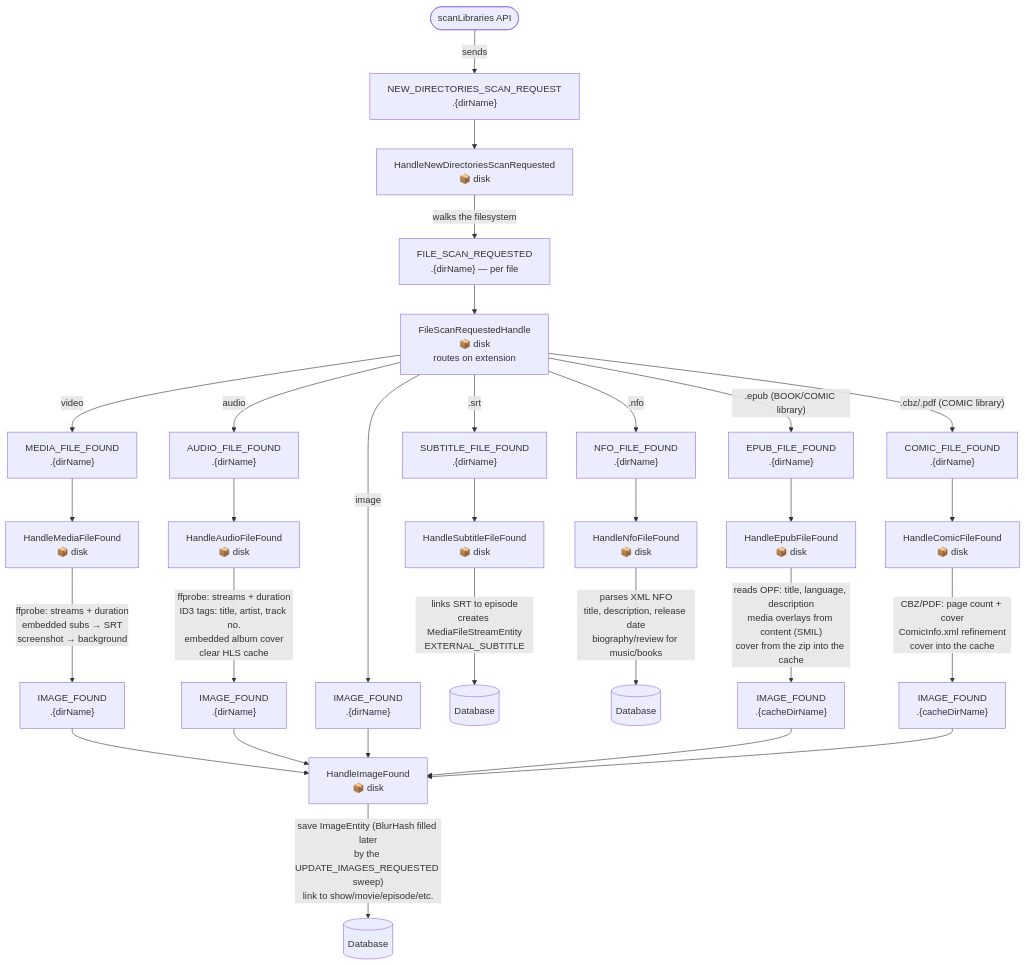
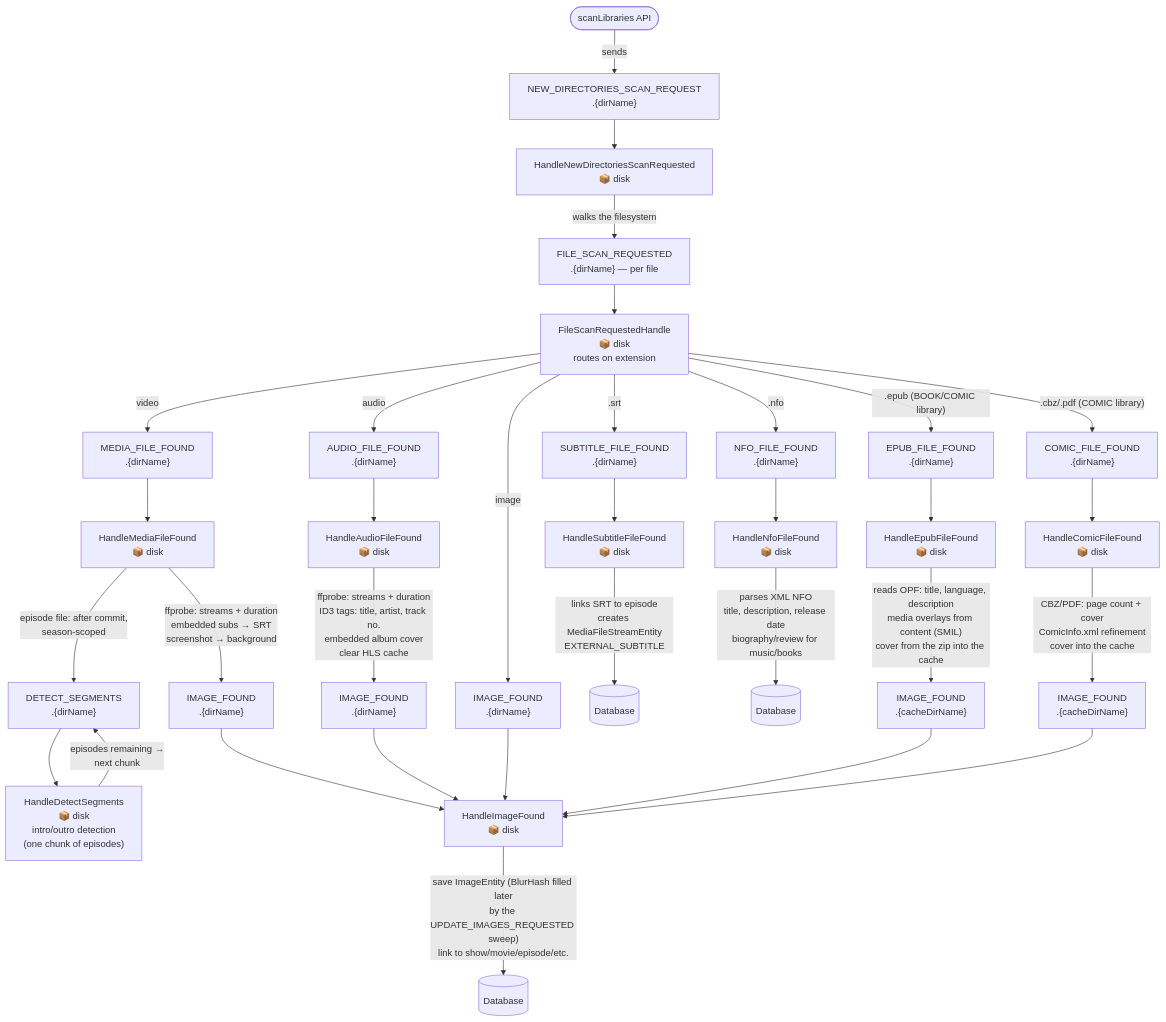
Before and after one commit to ister-app/server: the diagram in doc/architecture/diagrams/scan-flow.md, drawn with Mermaid. The commit also changed 21 other files, not shown here.

First line of the commit message:
docs(architecture): sync the chapters and diagrams with the code

````diff
--- a/doc/architecture/diagrams/scan-flow.md
+++ b/doc/architecture/diagrams/scan-flow.md
@@ -7,44 +7,47 @@
 ```mermaid
 flowchart TD
     API([scanLibraries API]) -->|sends| A
 
     A["NEW_DIRECTORIES_SCAN_REQUEST\n.{dirName}"]
     A --> B["HandleNewDirectoriesScanRequested\n📦 disk"]
     B -->|walks the filesystem| C
 
     C["FILE_SCAN_REQUESTED\n.{dirName} — per file"]
     C --> D["FileScanRequestedHandle\n📦 disk\nroutes on extension"]
 
     D -->|video| E["MEDIA_FILE_FOUND\n.{dirName}"]
     D -->|audio| F["AUDIO_FILE_FOUND\n.{dirName}"]
     D -->|".epub (BOOK/COMIC library)"| EP["EPUB_FILE_FOUND\n.{dirName}"]
     D -->|".cbz/.pdf (COMIC library)"| CO["COMIC_FILE_FOUND\n.{dirName}"]
     D -->|.srt| G["SUBTITLE_FILE_FOUND\n.{dirName}"]
     D -->|image| H["IMAGE_FOUND\n.{dirName}"]
     D -->|.nfo| I["NFO_FILE_FOUND\n.{dirName}"]
 
     E --> J["HandleMediaFileFound\n📦 disk"]
     J -->|"ffprobe: streams + duration\nembedded subs → SRT\nscreenshot → background"| K["IMAGE_FOUND\n.{dirName}"]
+    J -->|"episode file: after commit,\nseason-scoped"| DS["DETECT_SEGMENTS\n.{dirName}"]
+    DS --> DSH["HandleDetectSegments\n📦 disk\nintro/outro detection\n(one chunk of episodes)"]
+    DSH -->|"episodes remaining →\nnext chunk"| DS
 
     F --> L["HandleAudioFileFound\n📦 disk"]
     L -->|"ffprobe: streams + duration\nID3 tags: title, artist, track no.\nembedded album cover\nclear HLS cache"| M["IMAGE_FOUND\n.{dirName}"]
 
     G --> N["HandleSubtitleFileFound\n📦 disk"]
     N -->|"links SRT to episode\ncreates MediaFileStreamEntity\nEXTERNAL_SUBTITLE"| DB1[(Database)]
 
     K --> O["HandleImageFound\n📦 disk"]
     M --> O
     H --> O
     O -->|"save ImageEntity (BlurHash filled later\nby the UPDATE_IMAGES_REQUESTED sweep)\nlink to show/movie/episode/etc."| DB2[(Database)]
 
     I --> P["HandleNfoFileFound\n📦 disk"]
     P -->|"parses XML NFO\ntitle, description, release date\nbiography/review for music/books"| DB3[(Database)]
 
     EP --> Q["HandleEpubFileFound\n📦 disk"]
     Q -->|"reads OPF: title, language, description\nmedia overlays from content (SMIL)\ncover from the zip into the cache"| R["IMAGE_FOUND\n.{cacheDirName}"]
     R --> O
 
     CO --> S["HandleComicFileFound\n📦 disk"]
     S -->|"CBZ/PDF: page count + cover\nComicInfo.xml refinement\ncover into the cache"| T["IMAGE_FOUND\n.{cacheDirName}"]
     T --> O
 ```
````
